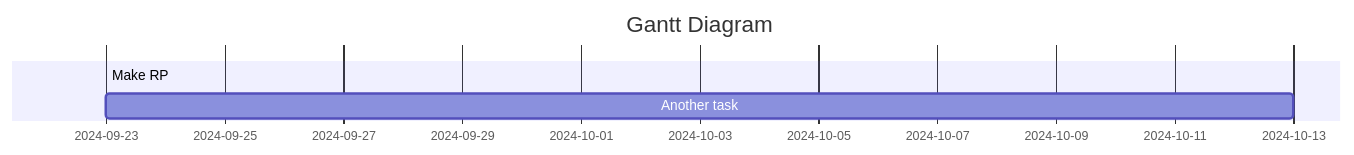
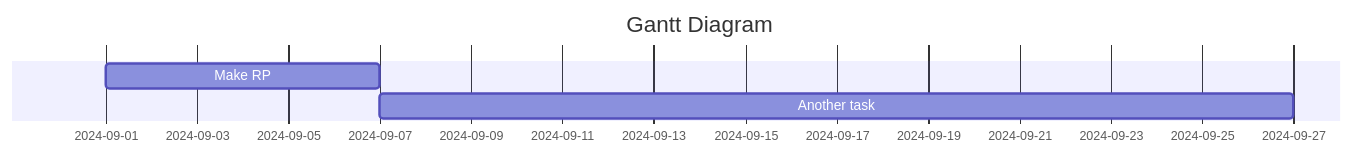
The diagram in all/代码甘特图.md (safwasd/iodraw-files), drawn with Mermaid before and after one commit.

Commit message:
2024-09-28 14:57:38 update

````diff
--- a/all/代码甘特图.md
+++ b/all/代码甘特图.md
@@ -1,10 +1,10 @@
 ```mermaid
 gantt
     title Gantt Diagram
     dateFormat  YYYY-MM-DD
     section  
-    Make RP          :a1, 2024-9-23, d
+    Make RP          :a1, 2024-9-1, 6d
     Another task     :after a1  , 20d
     
             
 ```
````
